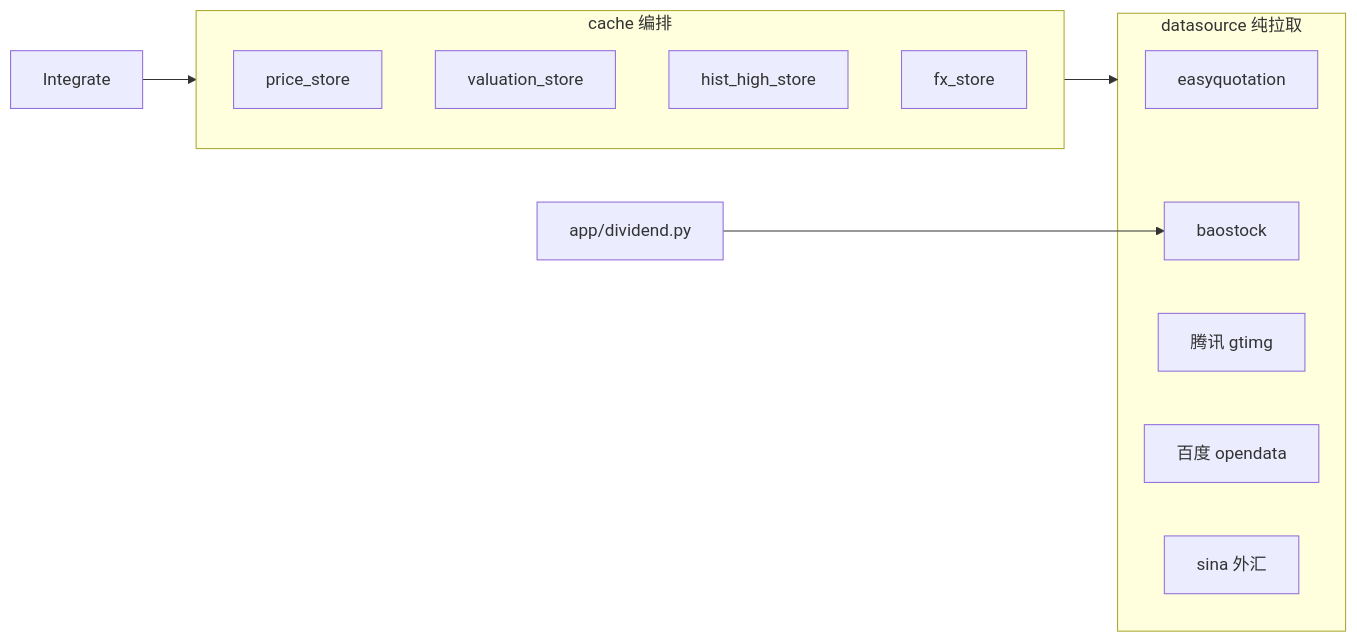
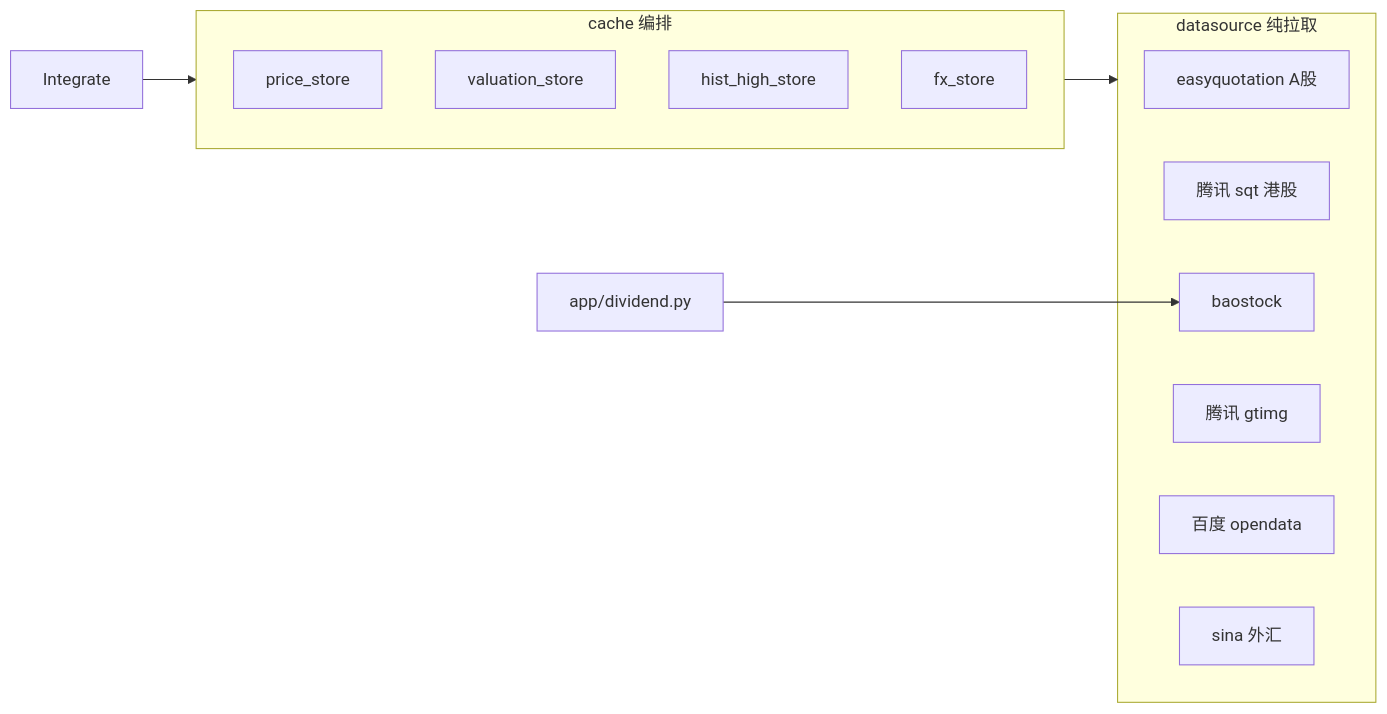
One commit to gunerguner/stockManager changed the diagram in .agents/skills/stockmanager-project/references/external-data.md. Above: the diagram before and after it, drawn with Mermaid. The commit also changed other lines of this file and 6 other files, not shown here.

````diff
--- a/.agents/skills/stockmanager-project/references/external-data.md
+++ b/.agents/skills/stockmanager-project/references/external-data.md
@@ -26,19 +26,20 @@
 ```mermaid
 flowchart LR
   subgraph datasource [datasource 纯拉取]
-    eq[easyquotation]
+    eq[easyquotation A股]
+    sqt[腾讯 sqt 港股]
     bao[baostock]
     gtimg[腾讯 gtimg]
     bd[百度 opendata]
     sina[sina 外汇]
   end
   subgraph cache [cache 编排]
     priceStore[price_store]
     valStore[valuation_store]
     histStore[hist_high_store]
     fxStore[fx_store]
   end
   Integrate --> cache
   cache --> datasource
   Dividend[app/dividend.py] --> bao
 ```
````
